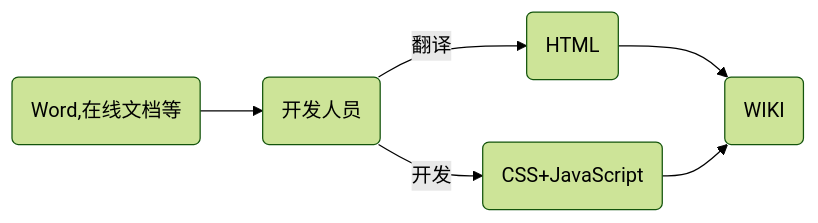
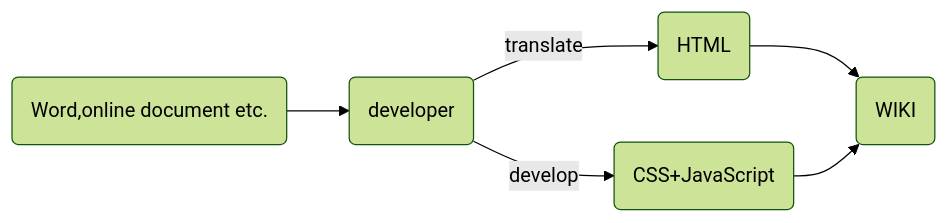
Before and after one commit to 497363983/iGEM-ToolBox: the first of 2 diagrams in README.md, drawn with Mermaid (forest theme). The commit also changed other lines of this file, not shown here.

````diff
--- a/README.md
+++ b/README.md
@@ -22,8 +22,8 @@
 ```mermaid
 graph LR
-    writer(Word,在线文档等) --> developer(开发人员)
-    developer --翻译--> HTML(HTML) 
-    developer --开发--> template(CSS+JavaScript)
+    writer(Word,online document etc.) --> developer(developer)
+    developer --translate--> HTML(HTML) 
+    developer --develop--> template(CSS+JavaScript)
     HTML --> WIKI(WIKI)
     template --> WIKI
 ```
````
